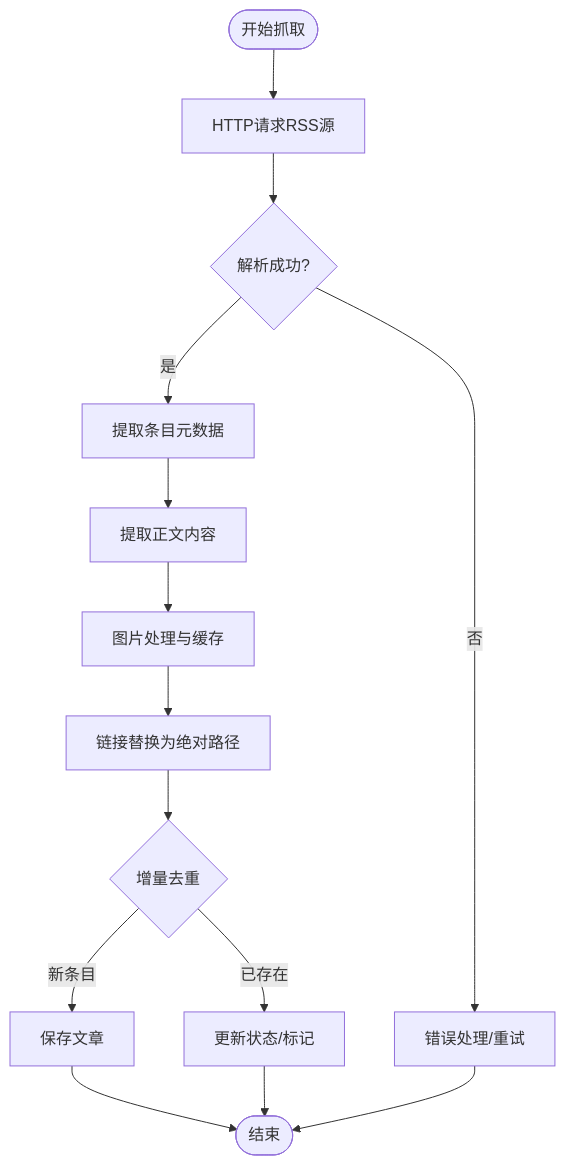
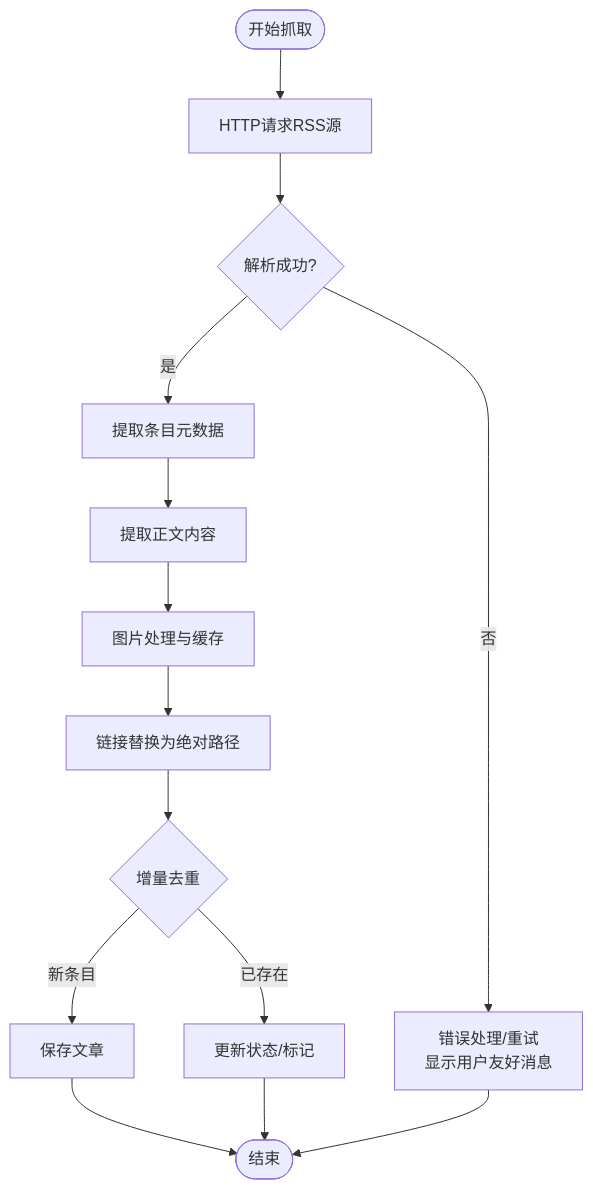
The third of 5 diagrams in .qoder/repowiki/zh/content/RSS订阅系统/RSS订阅系统.md (ZhangGHGitHub/LegadoTeamFlutter), drawn with Mermaid before and after one commit. The commit also changed other lines of this file and 68 other files, not shown here.

````diff
--- a/.qoder/repowiki/zh/content/RSS订阅系统/RSS订阅系统.md
+++ b/.qoder/repowiki/zh/content/RSS订阅系统/RSS订阅系统.md
@@ -230,16 +245,16 @@
 ```mermaid
 flowchart TD
 Start(["开始抓取"]) --> Fetch["HTTP请求RSS源"]
 Fetch --> Parse{"解析成功?"}
-Parse --> |否| Error["错误处理/重试"]
+Parse --> |否| Error["错误处理/重试<br/>显示用户友好消息"]
 Parse --> |是| Extract["提取条目元数据"]
 Extract --> Content["提取正文内容"]
 Content --> Image["图片处理与缓存"]
 Image --> LinkFix["链接替换为绝对路径"]
 LinkFix --> Dedup{"增量去重"}
 Dedup --> |新条目| Save["保存文章"]
 Dedup --> |已存在| Update["更新状态/标记"]
 Save --> End(["结束"])
 Update --> End
 Error --> End
 ```
````
